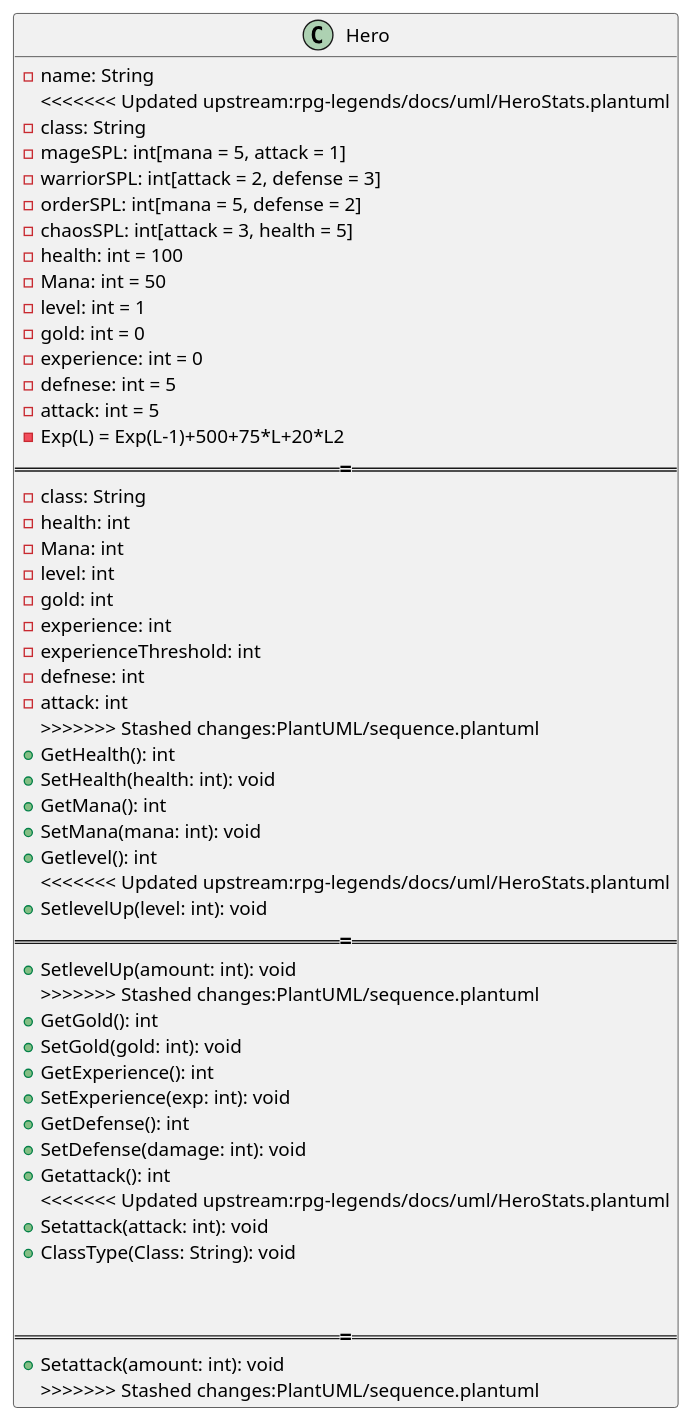
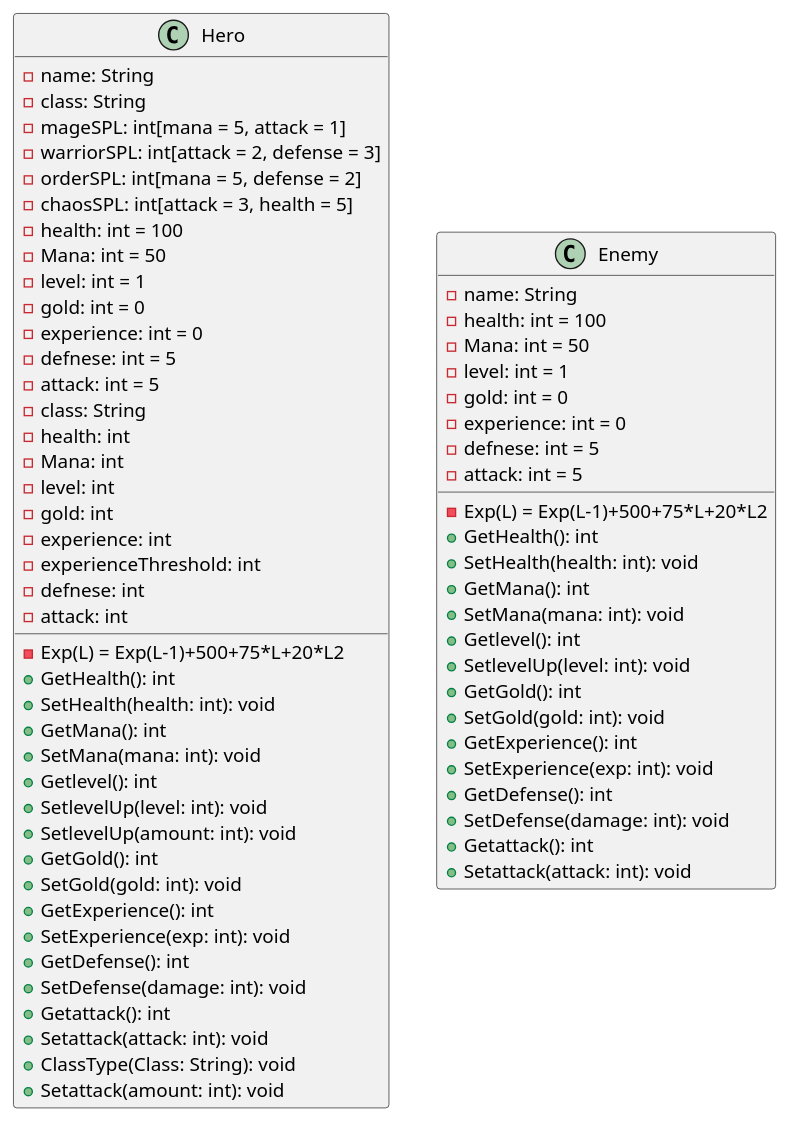
One commit to JosefG50/2203-Legends-of-Sword-and-Wand changed the diagram in rpg-legends/docs/uml/HeroStats.plantuml. Above: the diagram before and after it, drawn with PlantUML. The commit also changed 1 other file, not shown here.

Commit message:
docs(uml): add Enemy class and define experience threshold logic

```diff
--- a/rpg-legends/docs/uml/HeroStats.plantuml
+++ b/rpg-legends/docs/uml/HeroStats.plantuml
@@ -1,74 +1,93 @@
 @startuml
 'add abstract class enetity' 
 class Hero {
     - name: String
-<<<<<<< Updated upstream:rpg-legends/docs/uml/HeroStats.plantuml
     - class: String   
     - mageSPL: int[mana = 5, attack = 1]
     - warriorSPL: int[attack = 2, defense = 3]
     - orderSPL: int[mana = 5, defense = 2]
     - chaosSPL: int[attack = 3, health = 5]
     - health: int = 100
     - Mana: int = 50
     - level: int = 1
     - gold: int = 0
     - experience: int = 0
     - defnese: int = 5
     - attack: int = 5
     - Exp(L) = Exp(L-1)+500+75*L+20*L2
-=======
     - class: String
     'Add class Abstract class with all classes'
     - health: int
     - Mana: int
     - level: int
     'add -levels for each class'
     - gold: int
     - experience: int
     'add to check if enough experience to level up'
     - experienceThreshold: int
     - defnese: int
     - attack: int
     '-spells: List[Spells]'
->>>>>>> Stashed changes:PlantUML/sequence.plantuml
     + GetHealth(): int
     + SetHealth(health: int): void
     + GetMana(): int
     + SetMana(mana: int): void
     + Getlevel(): int
-<<<<<<< Updated upstream:rpg-legends/docs/uml/HeroStats.plantuml
     + SetlevelUp(level: int): void
-=======
     + SetlevelUp(amount: int): void 
     'Change to levelUp():void' that increases level by 1'
->>>>>>> Stashed changes:PlantUML/sequence.plantuml
     + GetGold(): int
     + SetGold(gold: int): void 
     + GetExperience(): int
     + SetExperience(exp: int): void
     + GetDefense(): int
     + SetDefense(damage: int): void
     + Getattack(): int
-<<<<<<< Updated upstream:rpg-legends/docs/uml/HeroStats.plantuml
     + Setattack(attack: int): void
     + ClassType(Class: String): void
     
     
-=======
     + Setattack(amount: int): void
->>>>>>> Stashed changes:PlantUML/sequence.plantuml
 }
+
+
+class Enemy {
+    - name: String
+    - health: int = 100
+    - Mana: int = 50
+    - level: int = 1
+    - gold: int = 0
+    - experience: int = 0
+    - defnese: int = 5
+    - attack: int = 5
+    - Exp(L) = Exp(L-1)+500+75*L+20*L2
+    + GetHealth(): int
+    + SetHealth(health: int): void
+    + GetMana(): int
+    + SetMana(mana: int): void
+    + Getlevel(): int
+    + SetlevelUp(level: int): void
+    + GetGold(): int
+    + SetGold(gold: int): void 
+    + GetExperience(): int
+    + SetExperience(exp: int): void
+    + GetDefense(): int
+    + SetDefense(damage: int): void
+    + Getattack(): int
+    + Setattack(attack: int): void
+}
+
 
 'Order' <|-- Hero : +5 Mana
 'Order' <|-- Hero : +2 Defense
 'Order' <|-- Hero : Heals/Shields
 'Chaos' <|-- Hero : +3 Attack
 'Chaos' <|-- Hero : +5 HP
 'Chaos' <|-- Hero : Fireball/Lightning
 'Warrior' <|-- Hero : +2 Attack
 'Warrior' <|-- Hero : +3 Defense
 'Warrior' <|-- Hero : Cleave/PHYSICAL
 'Mage' <|-- Hero : +5 Mana
 'Mage' <|-- Hero : +1 Attack
 'Mage' <|-- Hero : Mana Replenish
 @enduml
```
